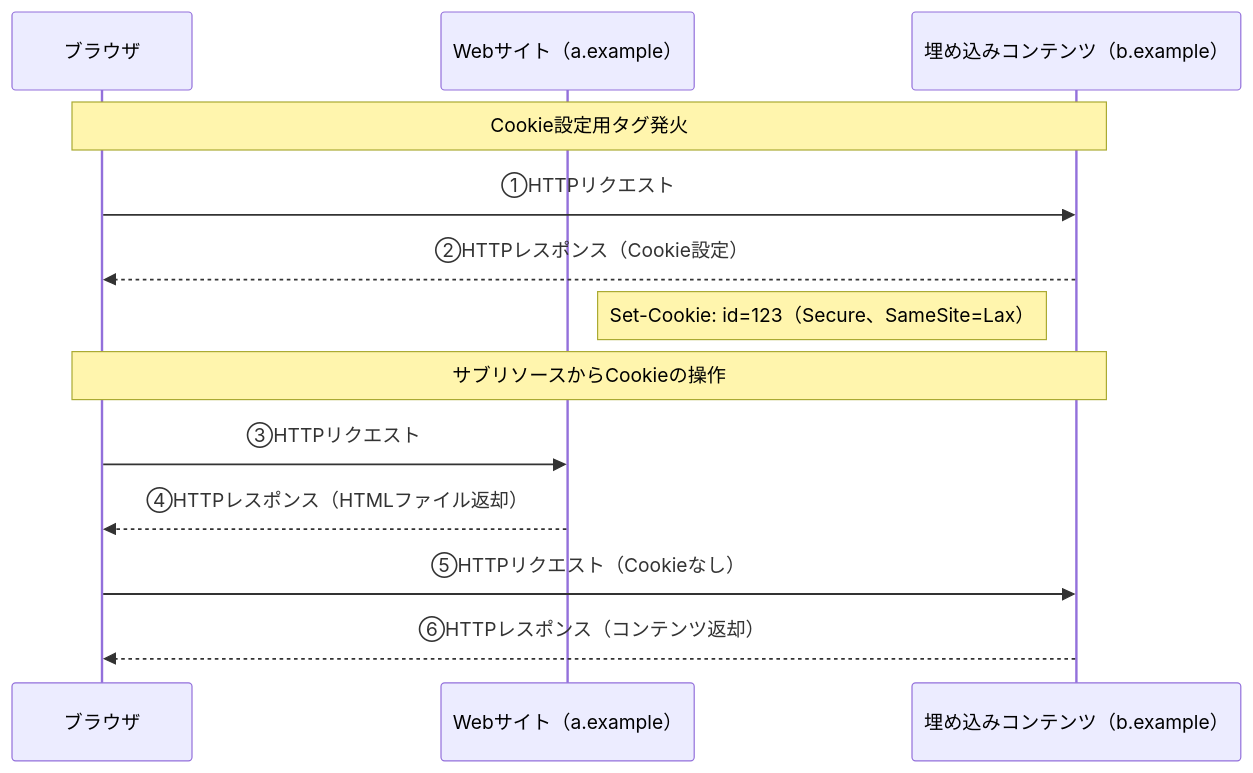
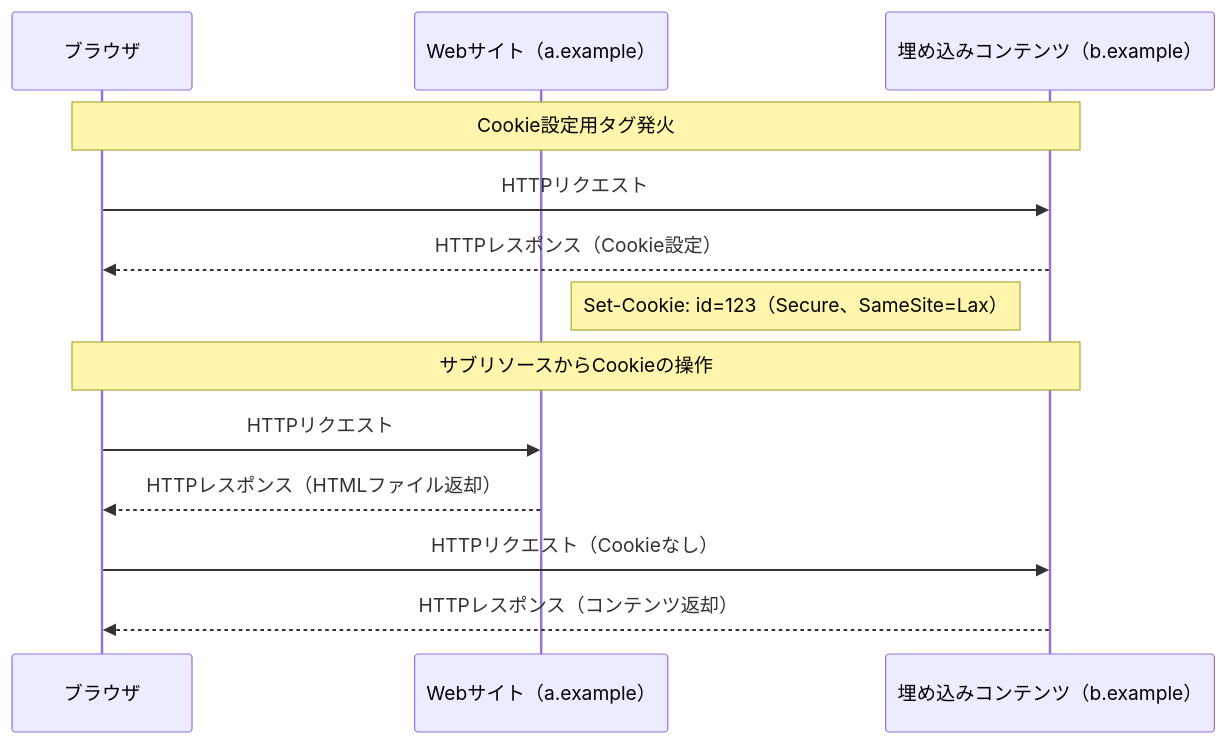
One commit to hi-bridge-9/privacy-sandbox changed the first of 2 diagrams in first-party-sets/sequence.md. Above: the diagram before and after it, drawn with Mermaid. The commit also changed other lines of this file, not shown here.

Commit message:
style: シーケンス図のテーマを未指定に変更＆リクエストの番号を自動で付与するように

````diff
--- a/first-party-sets/sequence.md
+++ b/first-party-sets/sequence.md
@@ -7,19 +7,18 @@
 ```mermaid
-%%{init:{'theme':'default'}}%%
 sequenceDiagram
 
     participant A as ブラウザ
     participant B as Webサイト（a.example）
     participant C as 埋め込みコンテンツ（b.example）
 
     Note over A, C: Cookie設定用タグ発火
-    A->>C: ①HTTPリクエスト
-    C-->>A: ②HTTPレスポンス（Cookie設定）
+    A->>C: HTTPリクエスト
+    C-->>A: HTTPレスポンス（Cookie設定）
     Note left of C: Set-Cookie: id=123（Secure、SameSite=Lax）
 
     Note over A, C: サブリソースからCookieの操作
-    A->>B: ③HTTPリクエスト
-    B-->>A: ④HTTPレスポンス（HTMLファイル返却）
-    A->>C: ⑤HTTPリクエスト（Cookieなし）
-    C-->>A: ⑥HTTPレスポンス（コンテンツ返却）
+    A->>B: HTTPリクエスト
+    B-->>A: HTTPレスポンス（HTMLファイル返却）
+    A->>C: HTTPリクエスト（Cookieなし）
+    C-->>A: HTTPレスポンス（コンテンツ返却）
 ```
````
